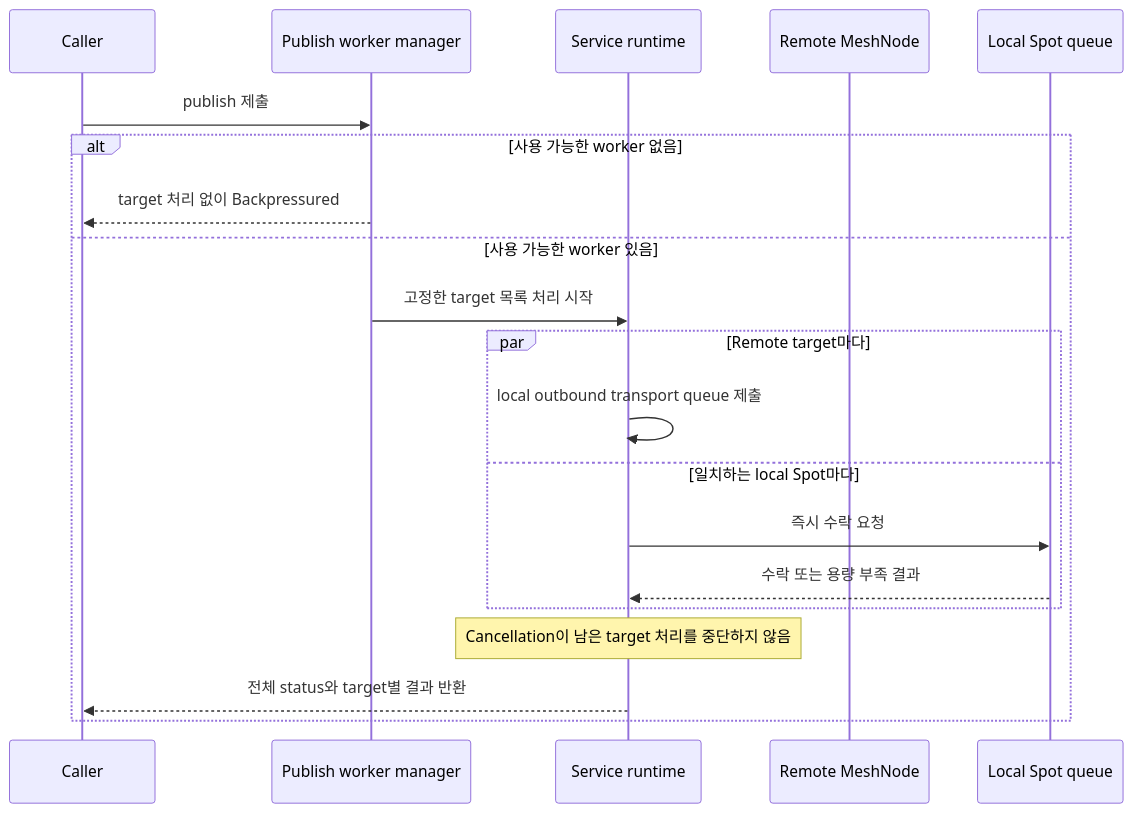
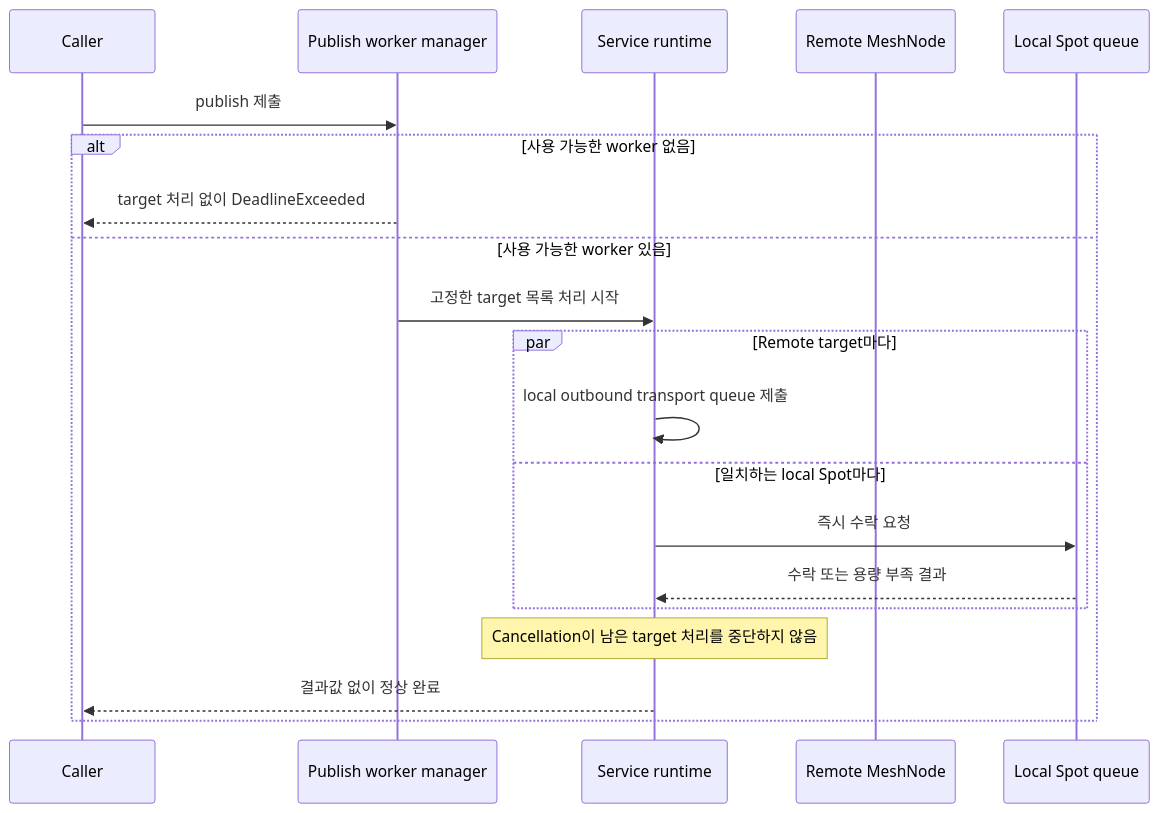
The third of 3 diagrams in framework/doc/framework/common/spec/20-spot-messaging.ko.md (kairos-code-dev/zlink), drawn with Mermaid before and after one commit. The commit also changed other lines of this file and 91 other files, not shown here.

````diff
--- a/framework/doc/framework/common/spec/20-spot-messaging.ko.md
+++ b/framework/doc/framework/common/spec/20-spot-messaging.ko.md
@@ -752,23 +713,23 @@
 ```mermaid
 sequenceDiagram
     participant Caller
     participant Executor as Publish worker manager
     participant Runtime as Service runtime
     participant Remote as Remote MeshNode
     participant Local as Local Spot queue
 
     Caller->>Executor: publish 제출
     alt 사용 가능한 worker 없음
-        Executor-->>Caller: target 처리 없이 Backpressured
+        Executor-->>Caller: target 처리 없이 DeadlineExceeded
     else 사용 가능한 worker 있음
         Executor->>Runtime: 고정한 target 목록 처리 시작
         par Remote target마다
             Runtime->>Runtime: local outbound transport queue 제출
         and 일치하는 local Spot마다
             Runtime->>Local: 즉시 수락 요청
             Local-->>Runtime: 수락 또는 용량 부족 결과
         end
         Note over Runtime: Cancellation이 남은 target 처리를 중단하지 않음
-        Runtime-->>Caller: 전체 status와 target별 결과 반환
+        Runtime-->>Caller: 결과값 없이 정상 완료
     end
 ```
````
